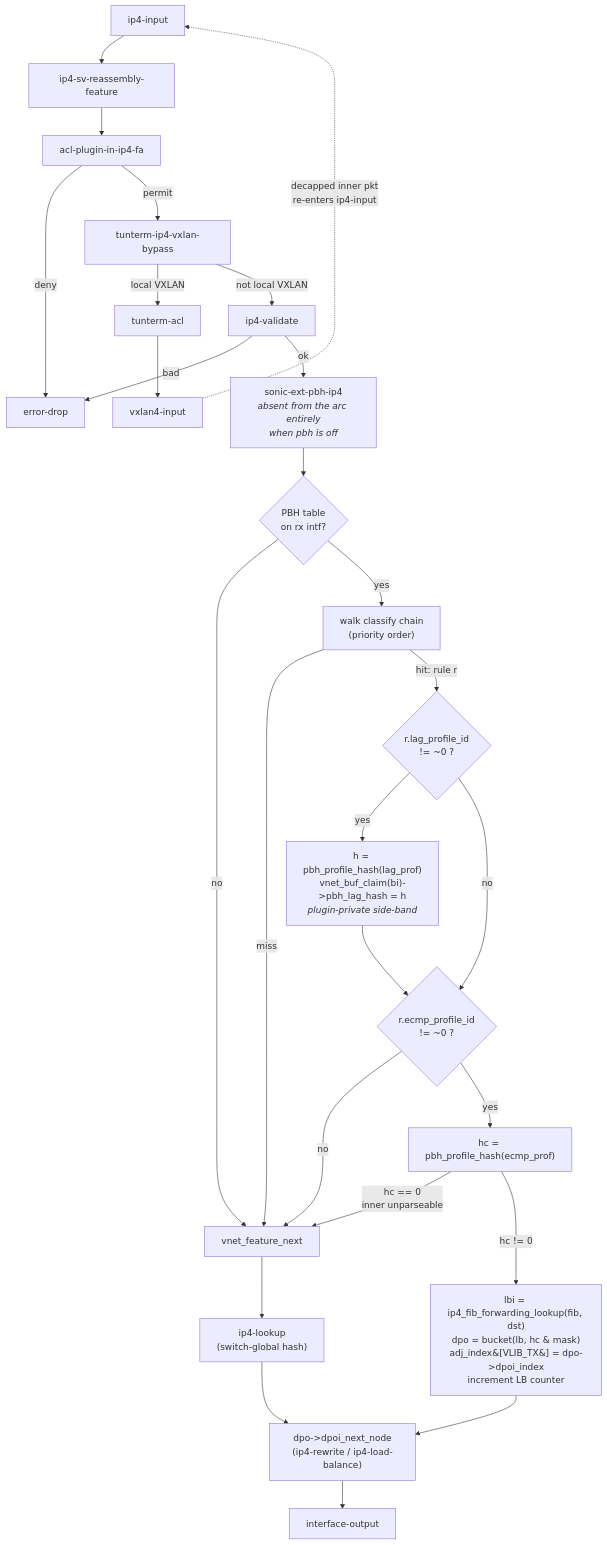
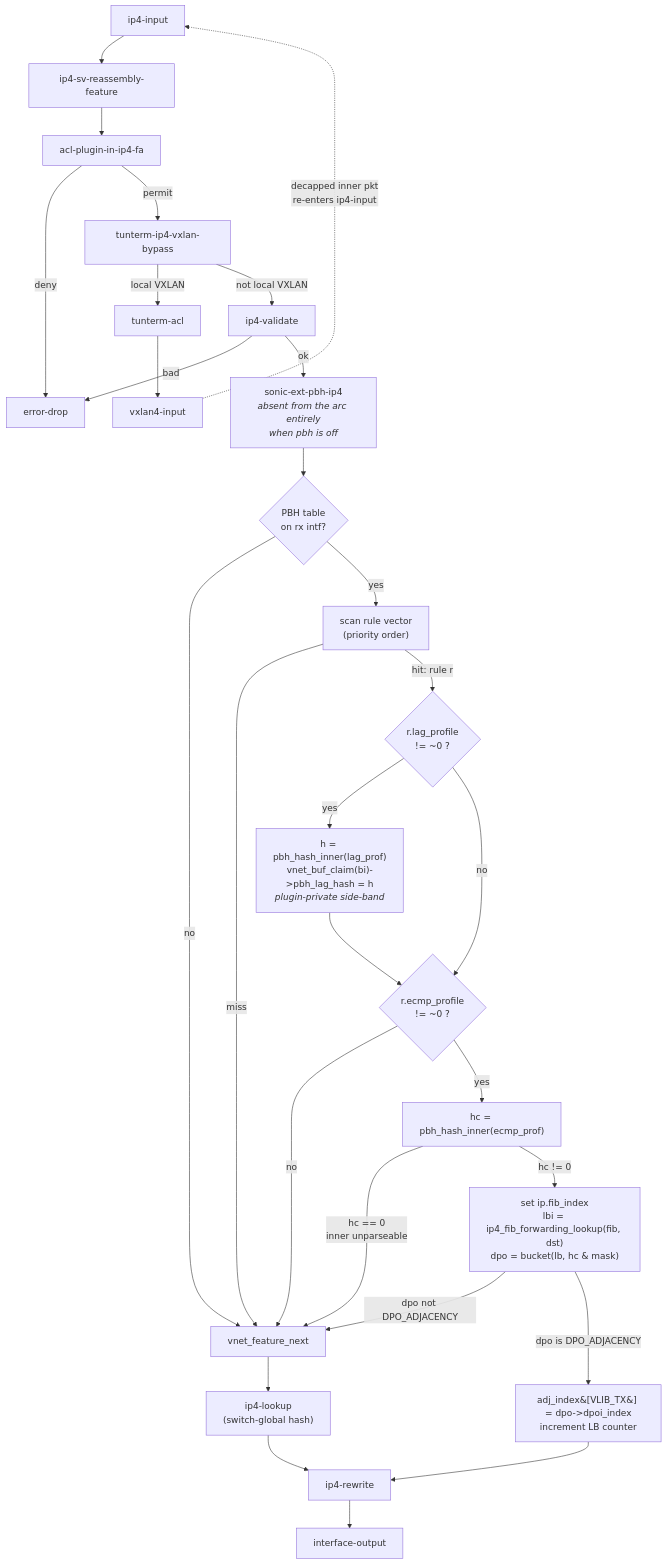
The first of 3 diagrams in doc/vpp/vpp-policy-based-hashing.md (sonic-net/SONiC), drawn with Mermaid before and after one commit. The commit also changed other lines of this file, not shown here.

Commit message:
Update pbh HLD with support of bridged port

````diff
--- a/doc/vpp/vpp-policy-based-hashing.md
+++ b/doc/vpp/vpp-policy-based-hashing.md
@@ -404,30 +438,32 @@
 ```mermaid
 flowchart TD
     A["ip4-input"] --> B["ip4-sv-reassembly-feature"]
     B --> C["acl-plugin-in-ip4-fa"]
     C -->|deny| D["error-drop"]
     C -->|permit| E["tunterm-ip4-vxlan-bypass"]
     E -->|local VXLAN| F["tunterm-acl"] --> G["vxlan4-input"]
     G -.->|decapped inner pkt<br/>re-enters ip4-input| A
     E -->|not local VXLAN| H["ip4-validate"]
     H -->|bad| D
     H -->|ok| I["sonic-ext-pbh-ip4<br/><i>absent from the arc entirely<br/>when pbh is off</i>"]
 
     I --> J{"PBH table<br/>on rx intf?"}
     J -->|no| K["vnet_feature_next"]
-    J -->|yes| L["walk classify chain<br/>(priority order)"]
+    J -->|yes| L["scan rule vector<br/>(priority order)"]
     L -->|miss| K
-    L -->|hit: rule r| M{"r.lag_profile_id<br/>!= ~0 ?"}
-    M -->|yes| N["h = pbh_profile_hash(lag_prof)<br/>vnet_buf_claim(bi)->pbh_lag_hash = h<br/><i>plugin-private side-band</i>"]
+    L -->|hit: rule r| M{"r.lag_profile<br/>!= ~0 ?"}
+    M -->|yes| N["h = pbh_hash_inner(lag_prof)<br/>vnet_buf_claim(bi)-&gt;pbh_lag_hash = h<br/><i>plugin-private side-band</i>"]
     M -->|no| O
-    N --> O{"r.ecmp_profile_id<br/>!= ~0 ?"}
+    N --> O{"r.ecmp_profile<br/>!= ~0 ?"}
     O -->|no| K
-    O -->|yes| P["hc = pbh_profile_hash(ecmp_prof)"]
+    O -->|yes| P["hc = pbh_hash_inner(ecmp_prof)"]
     P -->|hc == 0<br/>inner unparseable| K
-    P -->|hc != 0| Q["lbi = ip4_fib_forwarding_lookup(fib, dst)<br/>dpo = bucket(lb, hc &amp; mask)<br/>adj_index&#91;VLIB_TX&#93; = dpo-&gt;dpoi_index<br/>increment LB counter"]
+    P -->|hc != 0| Q["set ip.fib_index<br/>lbi = ip4_fib_forwarding_lookup(fib, dst)<br/>dpo = bucket(lb, hc &amp; mask)"]
+    Q -->|dpo not DPO_ADJACENCY| K
+    Q -->|dpo is DPO_ADJACENCY| Q2["adj_index&#91;VLIB_TX&#93; = dpo-&gt;dpoi_index<br/>increment LB counter"]
 
     K --> R["ip4-lookup<br/>(switch-global hash)"]
-    Q --> S["dpo-&gt;dpoi_next_node<br/>(ip4-rewrite / ip4-load-balance)"]
+    Q2 --> S["ip4-rewrite"]
     R --> S
     S --> T["interface-output"]
 ```
````
